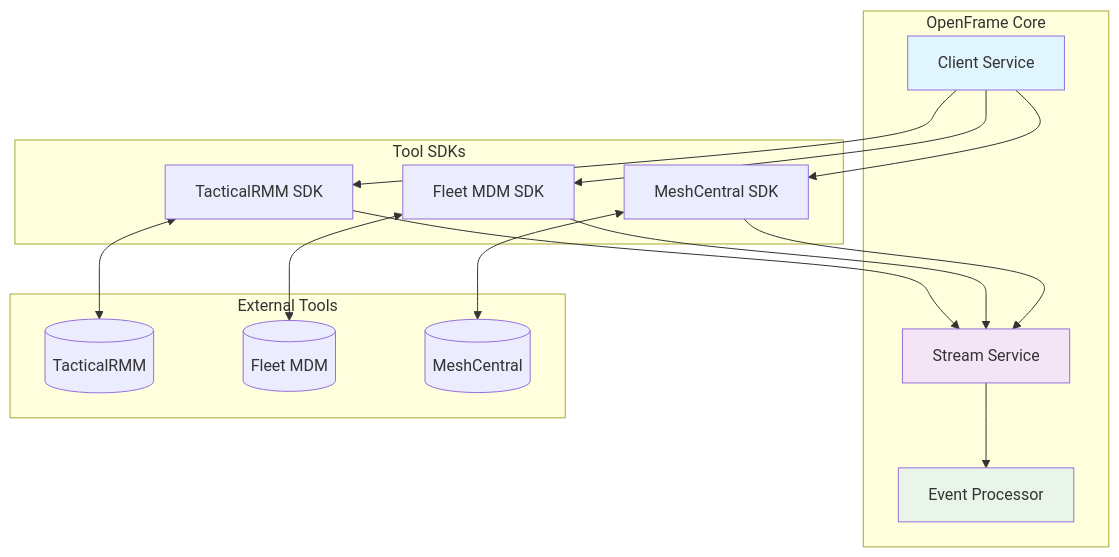
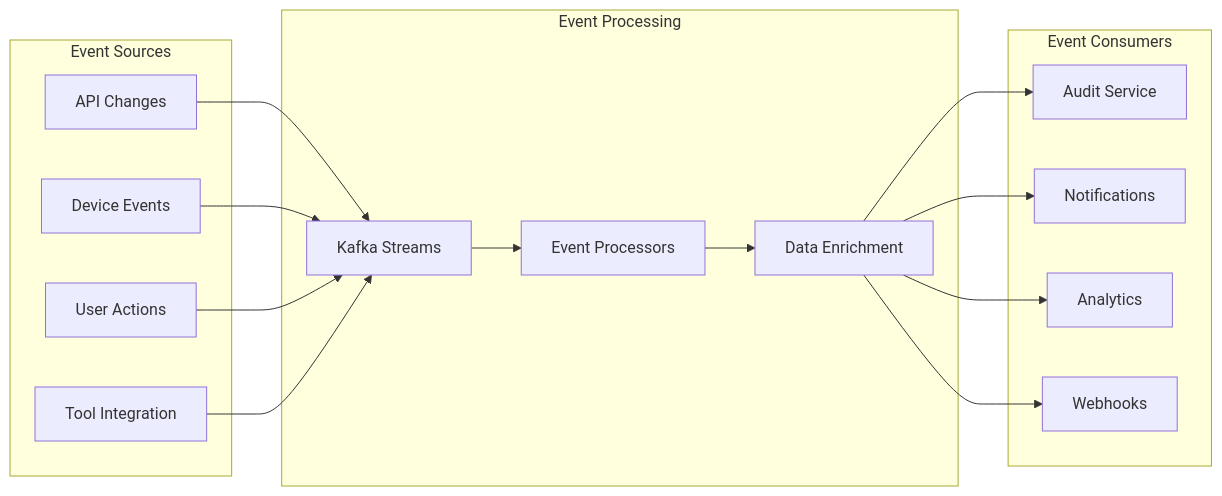
Before and after one commit to flamingo-stack/openframe-oss-lib: the tenth of 13 diagrams in docs/development/architecture/overview.md, drawn with Mermaid. The commit also changed other lines of this file and 130 other files, not shown here.

````diff
--- a/docs/development/architecture/overview.md
+++ b/docs/development/architecture/overview.md
@@ -614,38 +392,35 @@
 ```mermaid
-graph TB
-    subgraph "OpenFrame Core"
-        ClientService[Client Service]
-        StreamService[Stream Service]
-        EventProcessor[Event Processor]
+graph LR
+    subgraph "Event Sources"
+        API[API Changes]
+        DEVICE[Device Events]
+        USER[User Actions]
+        TOOL[Tool Integration]
     end
     
-    subgraph "Tool SDKs"
-        TacticalSDK[TacticalRMM SDK]
-        FleetSDK[Fleet MDM SDK]
-        MeshSDK[MeshCentral SDK]
+    subgraph "Event Processing"
+        KAFKA[Kafka Streams]
+        PROCESSOR[Event Processors]
+        ENRICHER[Data Enrichment]
     end
     
-    subgraph "External Tools"
-        TacticalRMM[(TacticalRMM)]
-        FleetMDM[(Fleet MDM)]
-        MeshCentral[(MeshCentral)]
+    subgraph "Event Consumers"
+        AUDIT[Audit Service]
+        NOTIFICATION[Notifications]
+        ANALYTICS[Analytics]
+        WEBHOOK[Webhooks]
     end
     
-    ClientService --> TacticalSDK
-    ClientService --> FleetSDK
-    ClientService --> MeshSDK
+    API --> KAFKA
+    DEVICE --> KAFKA
+    USER --> KAFKA
+    TOOL --> KAFKA
     
-    TacticalSDK <--> TacticalRMM
-    FleetSDK <--> FleetMDM
-    MeshSDK <--> MeshCentral
+    KAFKA --> PROCESSOR
+    PROCESSOR --> ENRICHER
     
-    TacticalSDK --> StreamService
-    FleetSDK --> StreamService
-    MeshSDK --> StreamService
-    
-    StreamService --> EventProcessor
-    
-    style ClientService fill:#e1f5fe
-    style StreamService fill:#f3e5f5
-    style EventProcessor fill:#e8f5e8
+    ENRICHER --> AUDIT
+    ENRICHER --> NOTIFICATION
+    ENRICHER --> ANALYTICS
+    ENRICHER --> WEBHOOK
 ```
````
